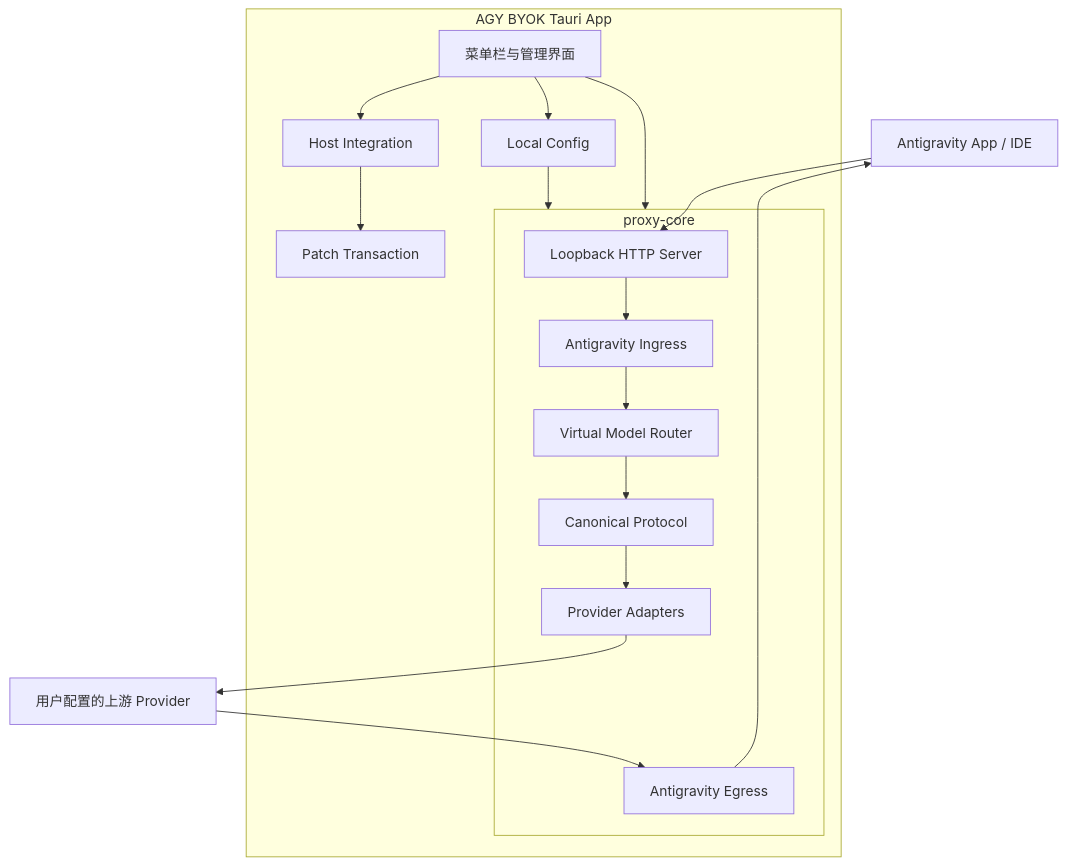
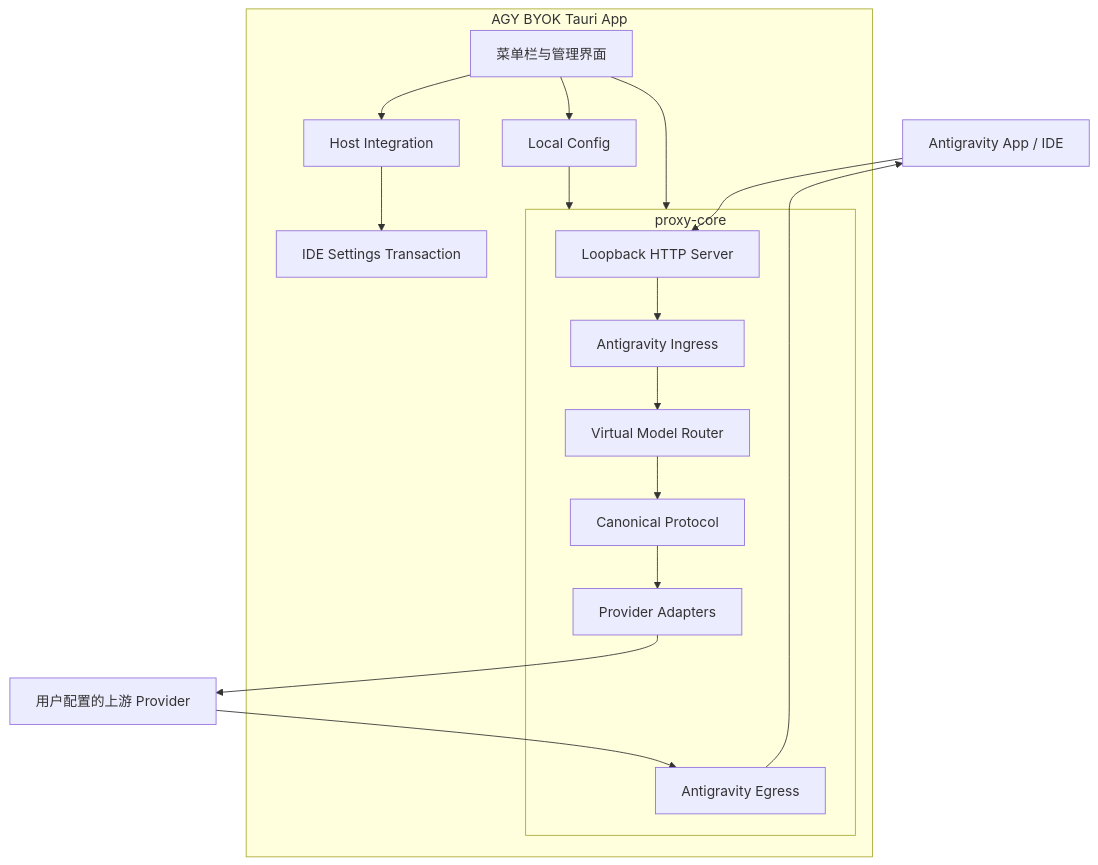
One commit to yuzhiqiang1993/agy-byok changed the diagram in README.md. Above: the diagram before and after it, drawn with Mermaid. The commit also changed other lines of this file and 16 other files, not shown here.

````diff
--- a/README.md
+++ b/README.md
@@ -59,36 +59,36 @@
 ```mermaid
 flowchart TD
     Host[Antigravity App / IDE]
 
     subgraph Desktop[AGY BYOK Tauri App]
         UI[菜单栏与管理界面]
         Integration[Host Integration]
-        Transaction[Patch Transaction]
+        Transaction[IDE Settings Transaction]
         Config[Local Config]
 
         subgraph Core[proxy-core]
             Server[Loopback HTTP Server]
             Ingress[Antigravity Ingress]
             Router[Virtual Model Router]
             Canonical[Canonical Protocol]
             Adapters[Provider Adapters]
             Egress[Antigravity Egress]
         end
     end
 
     Upstream[用户配置的上游 Provider]
 
     UI --> Core
     UI --> Integration
     Integration --> Transaction
     Host --> Server
     Server --> Ingress
     Ingress --> Router
     Router --> Canonical
     Canonical --> Adapters
     Adapters --> Upstream
     Upstream --> Egress
     Egress --> Host
     UI --> Config
     Config --> Core
 ```
````
